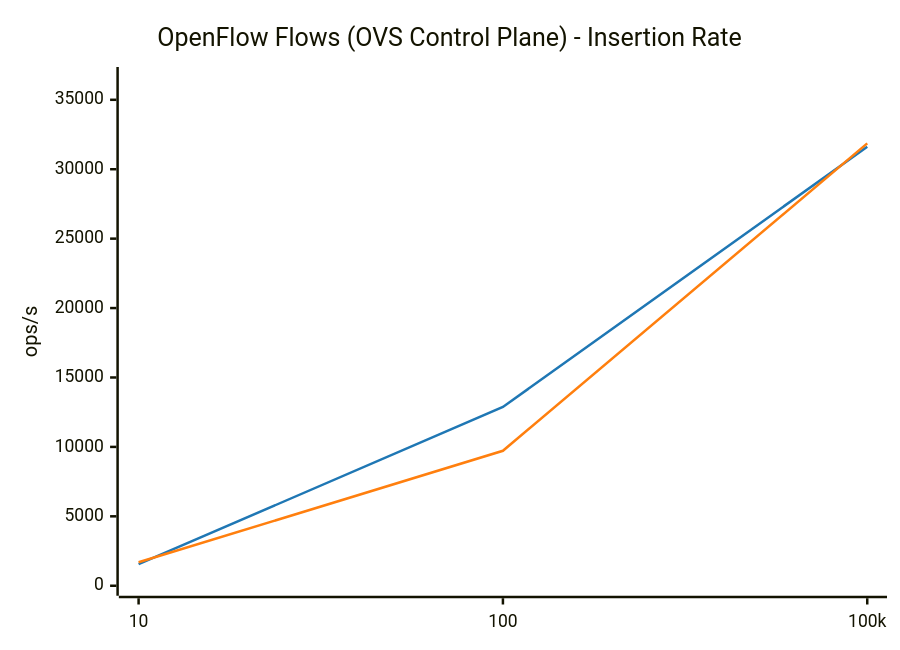
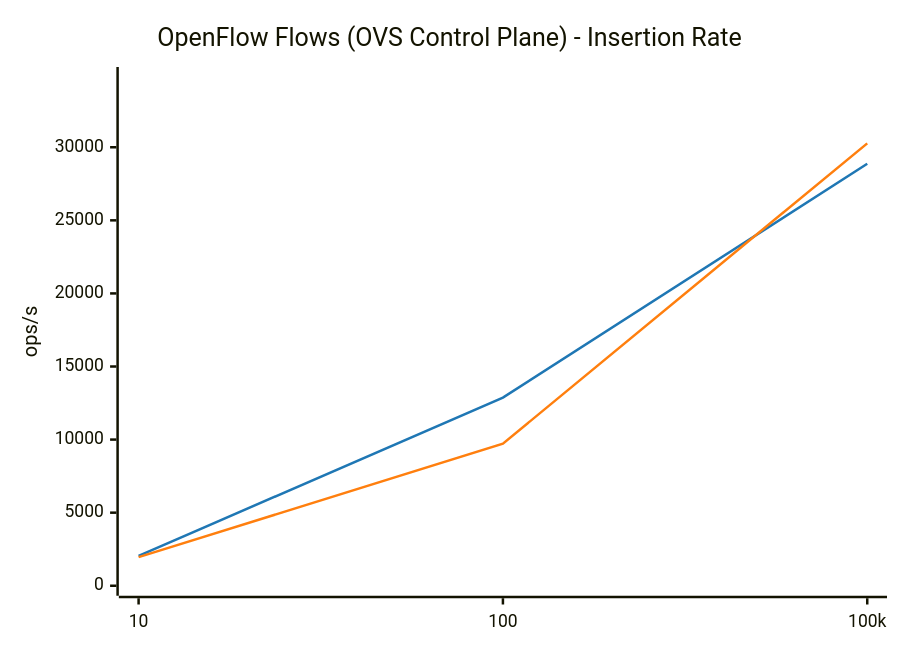
One commit to LionelJouin/ovs-ovn-bench changed the seventh of 8 diagrams in results/BENCHMARK_REPORT.md. Above: the diagram before and after it, drawn with Mermaid. The commit also changed other lines of this file and 3 other files, not shown here.

````diff
--- a/results/BENCHMARK_REPORT.md
+++ b/results/BENCHMARK_REPORT.md
@@ -289,14 +289,14 @@
 ```mermaid
 ---
 config:
     themeVariables:
         xyChart:
             plotColorPalette: "#1f77b4, #ff7f0e"
 ---
 xychart-beta
     title "OpenFlow Flows (OVS Control Plane) - Insertion Rate"
     x-axis ["10", "100", "100k"]
-    y-axis "ops/s" 0 --> 36642
-    line "glibc malloc" [1555.7, 12875.0, 31622.1]
-    line "jemalloc" [1691.2, 9720.1, 31862.3]
+    y-axis "ops/s" 0 --> 34807
+    line "glibc malloc" [2039.6, 12875.0, 28868.8]
+    line "jemalloc" [1955.4, 9720.1, 30266.6]
 ```
````
